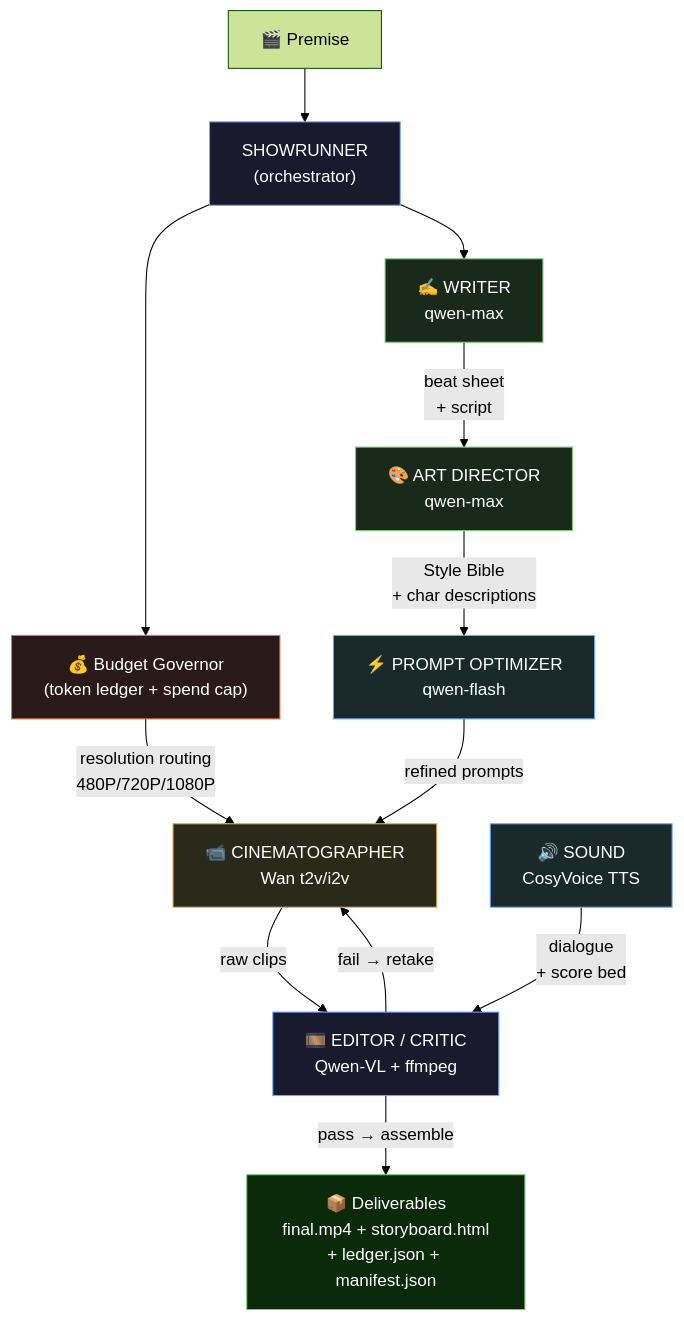
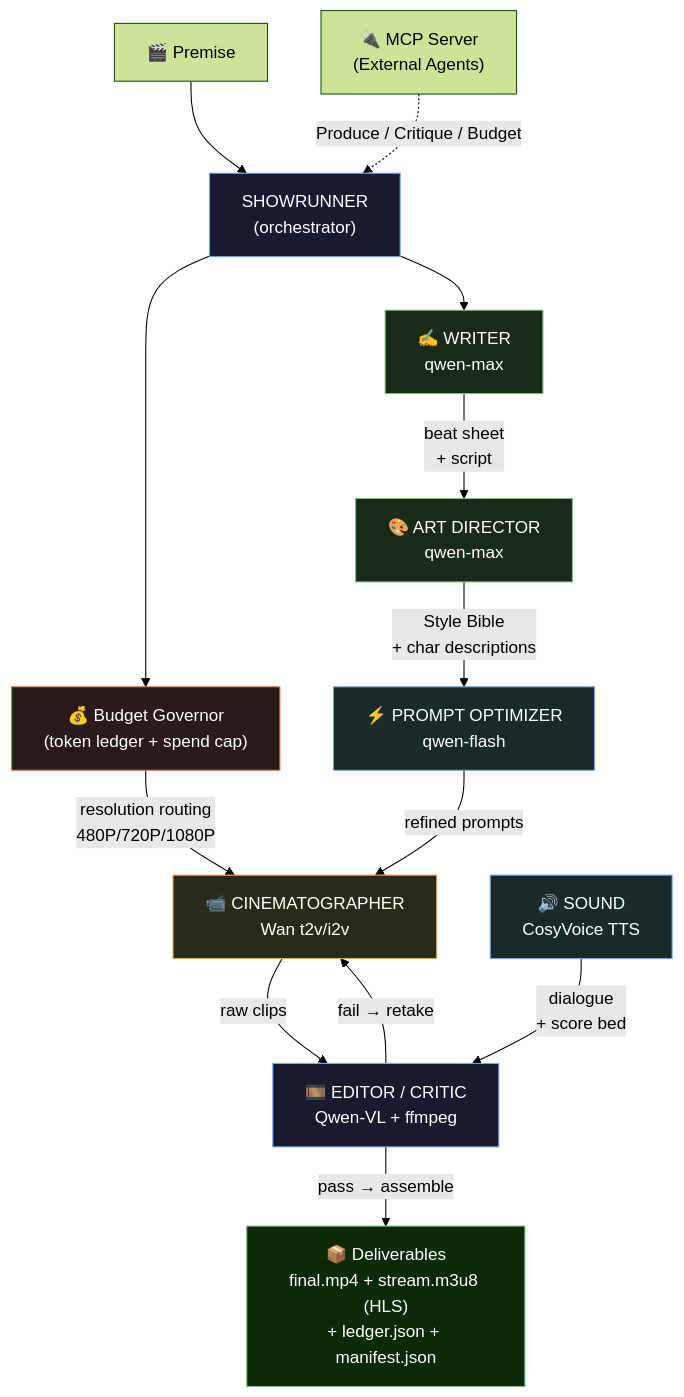
Before and after one commit to bansalbhunesh/Qw: the first of 4 diagrams in docs/ARCHITECTURE.md, drawn with Mermaid (forest theme). The commit also changed other lines of this file and 25 other files, not shown here.

Commit message:
feat: Devpost submission finalize with HLS, Foley, and MCP Server

````diff
--- a/docs/ARCHITECTURE.md
+++ b/docs/ARCHITECTURE.md
@@ -36,24 +58,26 @@
 ```mermaid
 flowchart TD
     P["🎬 Premise"] --> S["SHOWRUNNER<br/>(orchestrator)"]
     S --> BG["💰 Budget Governor<br/>(token ledger + spend cap)"]
     S --> W["✍️ WRITER<br/>qwen-max"]
     W -->|"beat sheet<br/>+ script"| AD["🎨 ART DIRECTOR<br/>qwen-max"]
     AD -->|"Style Bible<br/>+ char descriptions"| PO["⚡ PROMPT OPTIMIZER<br/>qwen-flash"]
     PO -->|"refined prompts"| C["📹 CINEMATOGRAPHER<br/>Wan t2v/i2v"]
     BG -->|"resolution routing<br/>480P/720P/1080P"| C
     C -->|"raw clips"| EC["🎞️ EDITOR / CRITIC<br/>Qwen-VL + ffmpeg"]
     EC -->|"fail → retake"| C
     SND["🔊 SOUND<br/>CosyVoice TTS"] -->|"dialogue<br/>+ score bed"| EC
-    EC -->|"pass → assemble"| F["📦 Deliverables<br/>final.mp4 + storyboard.html<br/>+ ledger.json + manifest.json"]
+    EC -->|"pass → assemble"| F["📦 Deliverables<br/>final.mp4 + stream.m3u8 (HLS)<br/>+ ledger.json + manifest.json"]
+    
+    MCP["🔌 MCP Server<br/>(External Agents)"] -.->|"Produce / Critique / Budget"| S
 
     style S fill:#1a1a2e,color:#fff,stroke:#6ea8fe
     style BG fill:#2a1a1a,color:#fff,stroke:#e87040
     style W fill:#1a2a1a,color:#fff,stroke:#7ec87e
     style AD fill:#1a2a1a,color:#fff,stroke:#7ec87e
     style PO fill:#1a2a2a,color:#fff,stroke:#6ea8fe
     style C fill:#2a2a1a,color:#fff,stroke:#f0ad4e
     style EC fill:#1a1a2e,color:#fff,stroke:#6ea8fe
     style SND fill:#1a2a2a,color:#fff,stroke:#6ea8fe
     style F fill:#0a2a0a,color:#fff,stroke:#7ec87e
 ```
````
